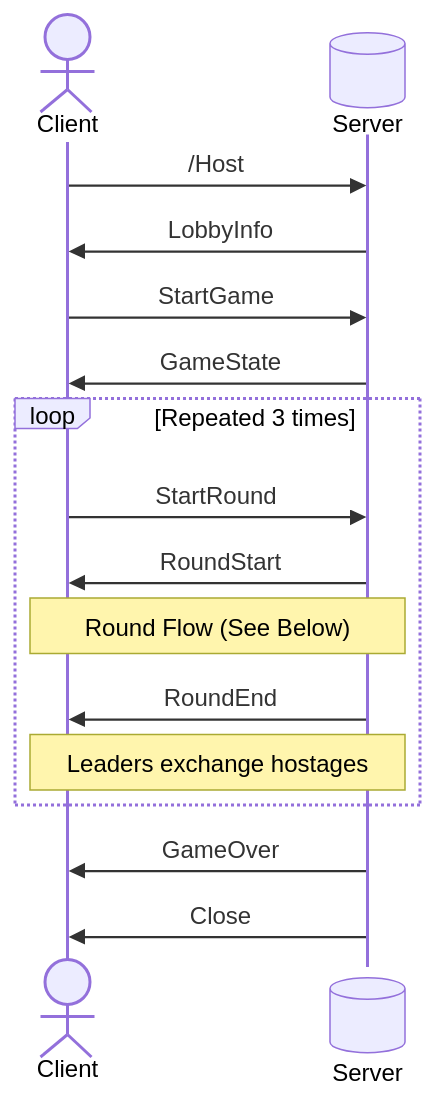
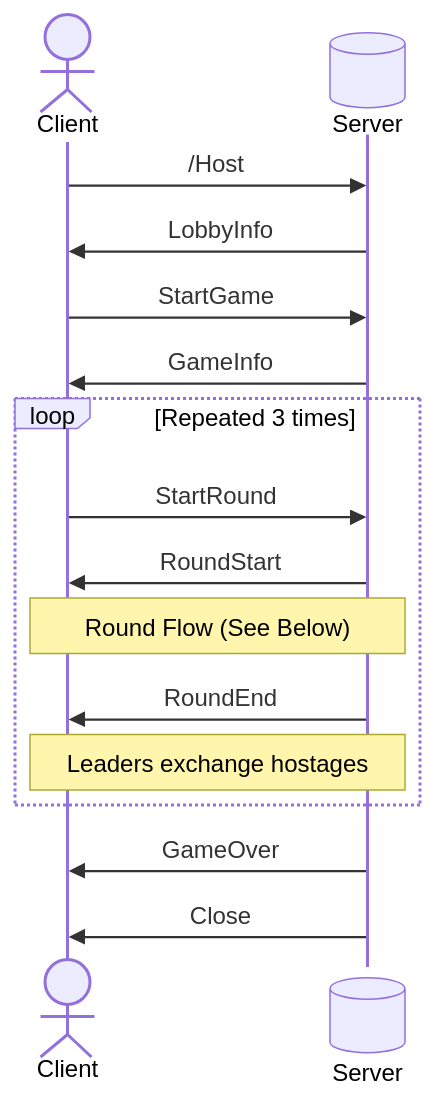
One commit to raklan/Two-Rooms-and-a-Boom changed the first of 6 diagrams in two-rooms-engine/networking.md. Above: the diagram before and after it, drawn with Mermaid. The commit also changed other lines of this file and 8 other files, not shown here.

Commit message:
Swtich from sending GameState to GameInfo

````diff
--- a/two-rooms-engine/networking.md
+++ b/two-rooms-engine/networking.md
@@ -6,20 +6,20 @@
 ```mermaid
 sequenceDiagram
     actor Client
     participant Server@{"type": "database"}
 
     Client ->> Server: /Host
     Server ->> Client: LobbyInfo
     Client ->> Server: StartGame
-    Server ->> Client: GameState
+    Server ->> Client: GameInfo
 
     loop Repeated 3 times
         Client ->> Server: StartRound
         Server ->> Client: RoundStart
         Note over Client, Server: Round Flow (See Below)
         Server ->> Client: RoundEnd
         Note over Client, Server: Leaders exchange hostages
     end
     Server ->> Client: GameOver
     Server ->> Client: Close
 ```
````
